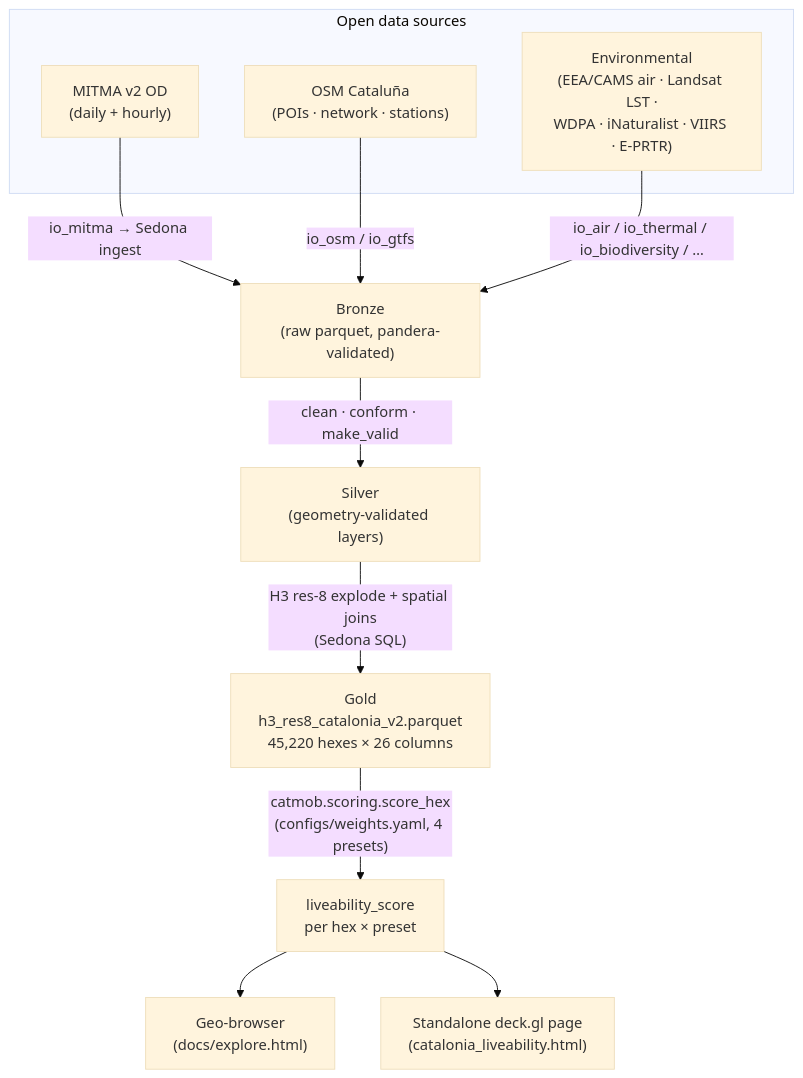
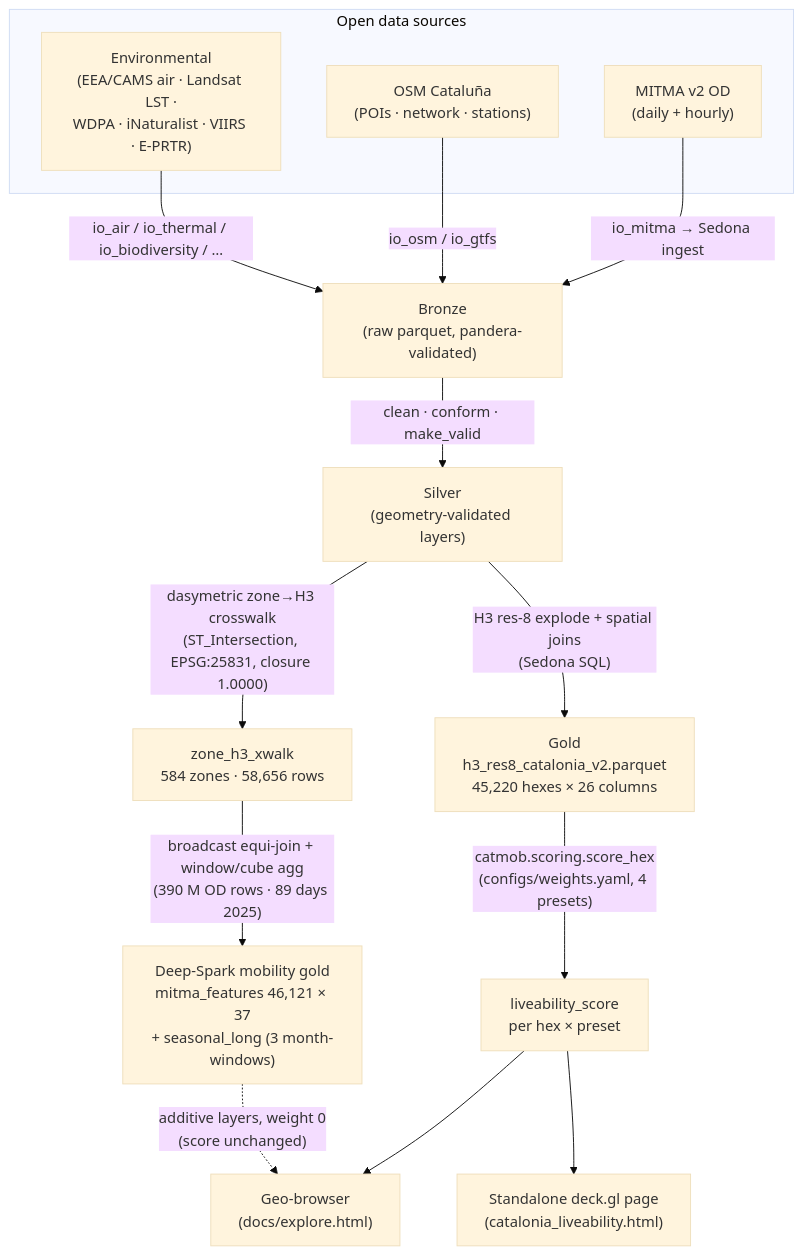
The diagram in README.md (lunasilvestre/mitma-sedona), drawn with Mermaid (base theme) before and after one commit. The commit also changed other lines of this file and 1 other file, not shown here.

First line of the commit message:
docs(README+data): add deep-Spark mobility branch to Pipeline mermaid; list why_spark_sedona in deeper-docs; story_data rhythm/seasons sidecars; v2 gold paths in data catalog

````diff
--- a/README.md
+++ b/README.md
@@ -80,19 +80,23 @@
 ```mermaid
 flowchart TD
     subgraph sources["Open data sources"]
         MITMA["MITMA v2 OD<br>(daily + hourly)"]
         OSM["OSM Cataluña<br>(POIs · network · stations)"]
         ENV["Environmental<br>(EEA/CAMS air · Landsat LST ·<br>WDPA · iNaturalist · VIIRS · E-PRTR)"]
     end
 
     MITMA -->|"io_mitma → Sedona ingest"| BRONZE["Bronze<br>(raw parquet, pandera-validated)"]
     OSM -->|"io_osm / io_gtfs"| BRONZE
     ENV -->|"io_air / io_thermal / io_biodiversity / …"| BRONZE
 
     BRONZE -->|"clean · conform · make_valid"| SILVER["Silver<br>(geometry-validated layers)"]
     SILVER -->|"H3 res-8 explode + spatial joins<br>(Sedona SQL)"| GOLD["Gold<br>h3_res8_catalonia_v2.parquet<br>45,220 hexes × 26 columns"]
 
     GOLD -->|"catmob.scoring.score_hex<br>(configs/weights.yaml, 4 presets)"| SCORE["liveability_score<br>per hex × preset"]
     SCORE --> BROWSER["Geo-browser<br>(docs/explore.html)"]
     SCORE --> DECK["Standalone deck.gl page<br>(catalonia_liveability.html)"]
+
+    SILVER -->|"dasymetric zone→H3 crosswalk<br>(ST_Intersection, EPSG:25831, closure 1.0000)"| XWALK["zone_h3_xwalk<br>584 zones · 58,656 rows"]
+    XWALK -->|"broadcast equi-join + window/cube agg<br>(390 M OD rows · 89 days 2025)"| MOBGOLD["Deep-Spark mobility gold<br>mitma_features 46,121 × 37<br>+ seasonal_long (3 month-windows)"]
+    MOBGOLD -.->|"additive layers, weight 0<br>(score unchanged)"| BROWSER
 ```
````
